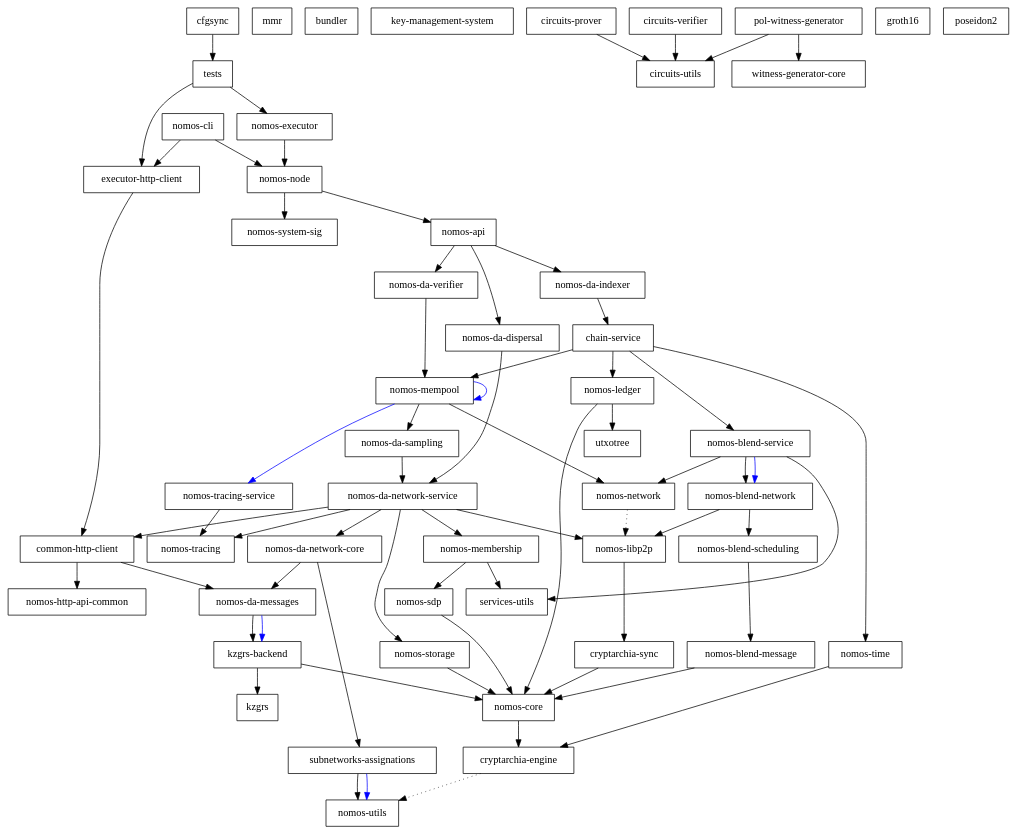
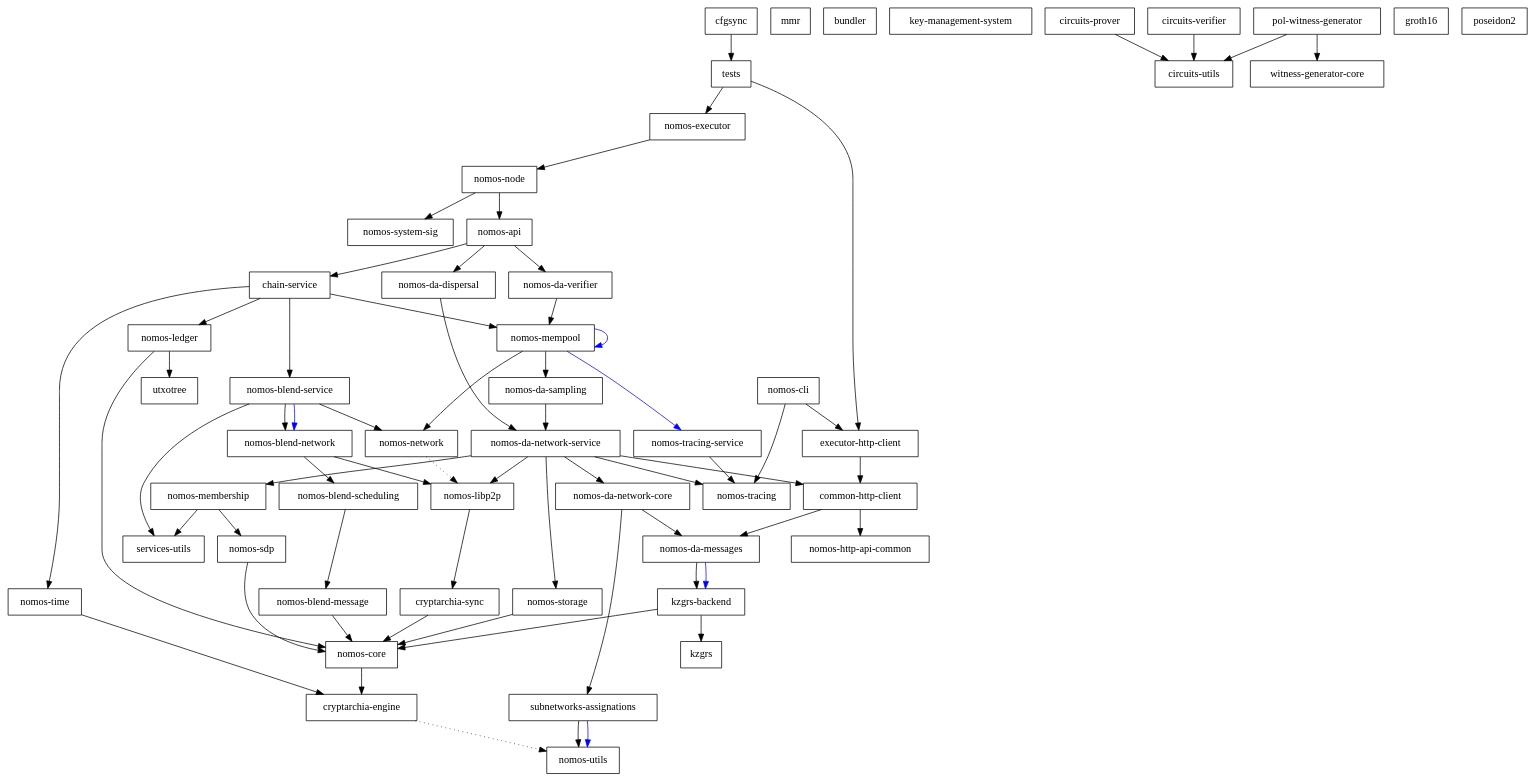
One commit to Astro521/logos-blockchain changed the diagram in dependencies_graph.dot. Above: the diagram before and after it, drawn with Graphviz. The commit also changed 36 other files, not shown here.

Commit message:
feat(da): DA flow without indexer (#1591)

```diff
--- a/dependencies_graph.dot
+++ b/dependencies_graph.dot
@@ -1,118 +1,116 @@
 digraph {
     0 [ label = "cryptarchia-engine" shape = box]
     1 [ label = "nomos-utils" shape = box]
     2 [ label = "cryptarchia-sync" shape = box]
     3 [ label = "nomos-core" shape = box]
     4 [ label = "nomos-ledger" shape = box]
     5 [ label = "utxotree" shape = box]
     6 [ label = "mmr" shape = box]
     7 [ label = "nomos-http-api-common" shape = box]
     8 [ label = "nomos-executor" shape = box]
     9 [ label = "kzgrs-backend" shape = box]
     10 [ label = "kzgrs" shape = box]
     11 [ label = "nomos-api" shape = box]
     12 [ label = "chain-service" shape = box]
     13 [ label = "nomos-blend-service" shape = box]
     14 [ label = "nomos-blend-message" shape = box]
     15 [ label = "nomos-blend-network" shape = box]
     16 [ label = "nomos-blend-scheduling" shape = box]
     17 [ label = "nomos-libp2p" shape = box]
     18 [ label = "nomos-network" shape = box]
     19 [ label = "services-utils" shape = box]
     20 [ label = "nomos-da-sampling" shape = box]
     21 [ label = "nomos-da-network-core" shape = box]
     22 [ label = "nomos-da-messages" shape = box]
     23 [ label = "subnetworks-assignations" shape = box]
     24 [ label = "nomos-da-network-service" shape = box]
     25 [ label = "common-http-client" shape = box]
     26 [ label = "nomos-membership" shape = box]
     27 [ label = "nomos-sdp" shape = box]
     28 [ label = "nomos-storage" shape = box]
     29 [ label = "nomos-tracing" shape = box]
     30 [ label = "nomos-mempool" shape = box]
     31 [ label = "nomos-tracing-service" shape = box]
     32 [ label = "nomos-time" shape = box]
     33 [ label = "nomos-da-dispersal" shape = box]
-    34 [ label = "nomos-da-indexer" shape = box]
-    35 [ label = "nomos-da-verifier" shape = box]
-    36 [ label = "nomos-node" shape = box]
-    37 [ label = "nomos-system-sig" shape = box]
-    38 [ label = "executor-http-client" shape = box]
-    39 [ label = "bundler" shape = box]
-    40 [ label = "nomos-cli" shape = box]
-    41 [ label = "key-management-system" shape = box]
-    42 [ label = "cfgsync" shape = box]
-    43 [ label = "tests" shape = box]
-    44 [ label = "circuits-prover" shape = box]
-    45 [ label = "circuits-utils" shape = box]
-    46 [ label = "circuits-verifier" shape = box]
-    47 [ label = "witness-generator-core" shape = box]
-    48 [ label = "pol-witness-generator" shape = box]
-    49 [ label = "groth16" shape = box]
-    50 [ label = "poseidon2" shape = box]
+    34 [ label = "nomos-da-verifier" shape = box]
+    35 [ label = "nomos-node" shape = box]
+    36 [ label = "nomos-system-sig" shape = box]
+    37 [ label = "executor-http-client" shape = box]
+    38 [ label = "bundler" shape = box]
+    39 [ label = "nomos-cli" shape = box]
+    40 [ label = "key-management-system" shape = box]
+    41 [ label = "cfgsync" shape = box]
+    42 [ label = "tests" shape = box]
+    43 [ label = "circuits-prover" shape = box]
+    44 [ label = "circuits-utils" shape = box]
+    45 [ label = "circuits-verifier" shape = box]
+    46 [ label = "witness-generator-core" shape = box]
+    47 [ label = "pol-witness-generator" shape = box]
+    48 [ label = "groth16" shape = box]
+    49 [ label = "poseidon2" shape = box]
     0 -> 1 [ style = dotted]
     2 -> 3 [ ]
     3 -> 0 [ ]
     4 -> 3 [ ]
     4 -> 5 [ ]
-    8 -> 36 [ ]
+    8 -> 35 [ ]
     9 -> 10 [ ]
     9 -> 3 [ ]
+    11 -> 12 [ ]
     11 -> 33 [ ]
     11 -> 34 [ ]
-    11 -> 35 [ ]
     12 -> 13 [ ]
     12 -> 4 [ ]
     12 -> 30 [ ]
     12 -> 32 [ ]
     13 -> 15 [ ]
     13 -> 15 [ color = blue]
     13 -> 18 [ ]
     13 -> 19 [ ]
     14 -> 3 [ ]
     15 -> 16 [ ]
     15 -> 17 [ ]
     16 -> 14 [ ]
     17 -> 2 [ ]
     18 -> 17 [ style = dotted]
     20 -> 24 [ ]
     21 -> 22 [ ]
     21 -> 23 [ ]
     22 -> 9 [ ]
     22 -> 9 [ color = blue]
     23 -> 1 [ ]
     23 -> 1 [ color = blue]
     24 -> 25 [ ]
     24 -> 21 [ ]
     24 -> 17 [ ]
     24 -> 26 [ ]
     24 -> 28 [ ]
     24 -> 29 [ ]
     25 -> 22 [ ]
     25 -> 7 [ ]
     26 -> 27 [ ]
     26 -> 19 [ ]
     27 -> 3 [ ]
     28 -> 3 [ ]
     30 -> 20 [ ]
     30 -> 30 [ color = blue]
     30 -> 18 [ ]
     30 -> 31 [ color = blue]
     31 -> 29 [ ]
     32 -> 0 [ ]
     33 -> 24 [ ]
-    34 -> 12 [ ]
-    35 -> 30 [ ]
-    36 -> 11 [ ]
-    36 -> 37 [ ]
-    38 -> 25 [ ]
-    40 -> 38 [ ]
-    40 -> 36 [ ]
-    42 -> 43 [ ]
-    43 -> 38 [ ]
-    43 -> 8 [ ]
-    44 -> 45 [ ]
-    46 -> 45 [ ]
-    48 -> 45 [ ]
-    48 -> 47 [ ]
+    34 -> 30 [ ]
+    35 -> 11 [ ]
+    35 -> 36 [ ]
+    37 -> 25 [ ]
+    39 -> 37 [ ]
+    39 -> 29 [ ]
+    41 -> 42 [ ]
+    42 -> 37 [ ]
+    42 -> 8 [ ]
+    43 -> 44 [ ]
+    45 -> 44 [ ]
+    47 -> 44 [ ]
+    47 -> 46 [ ]
 }
```
